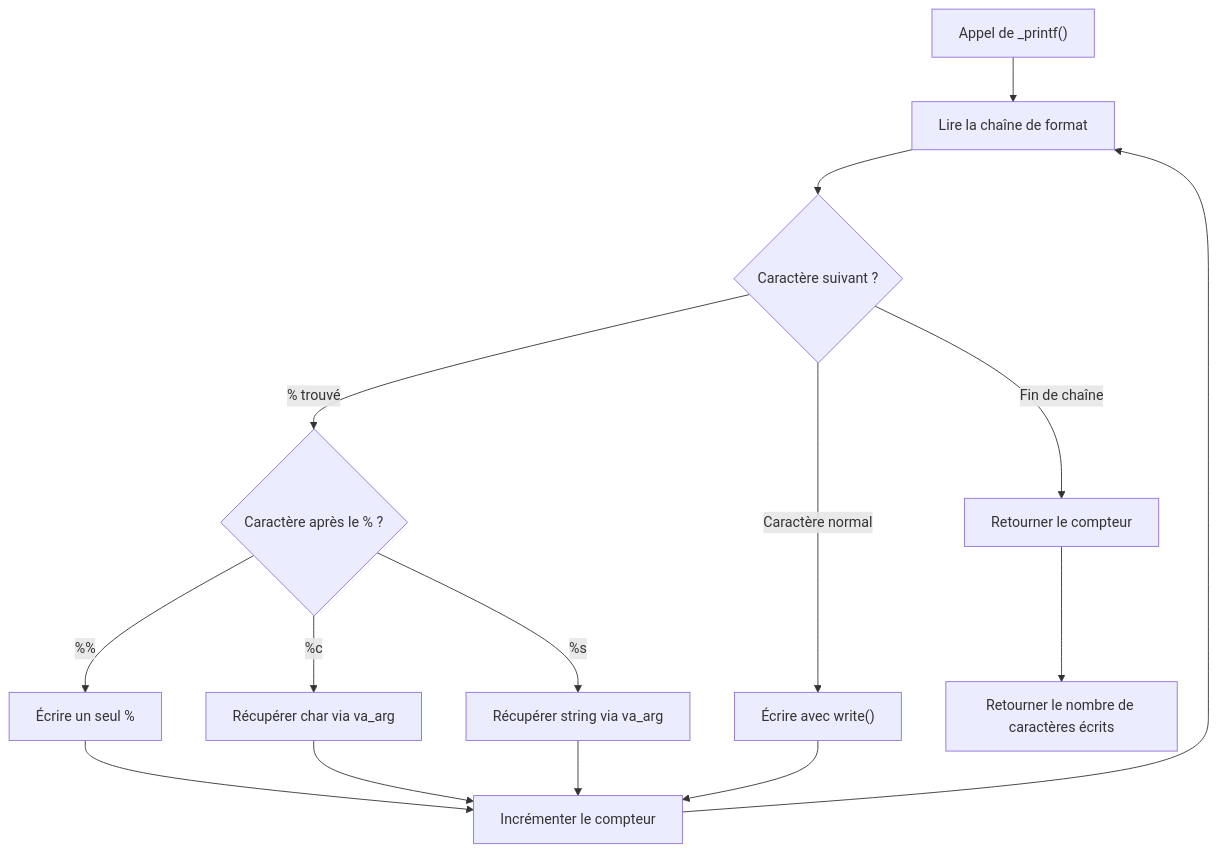
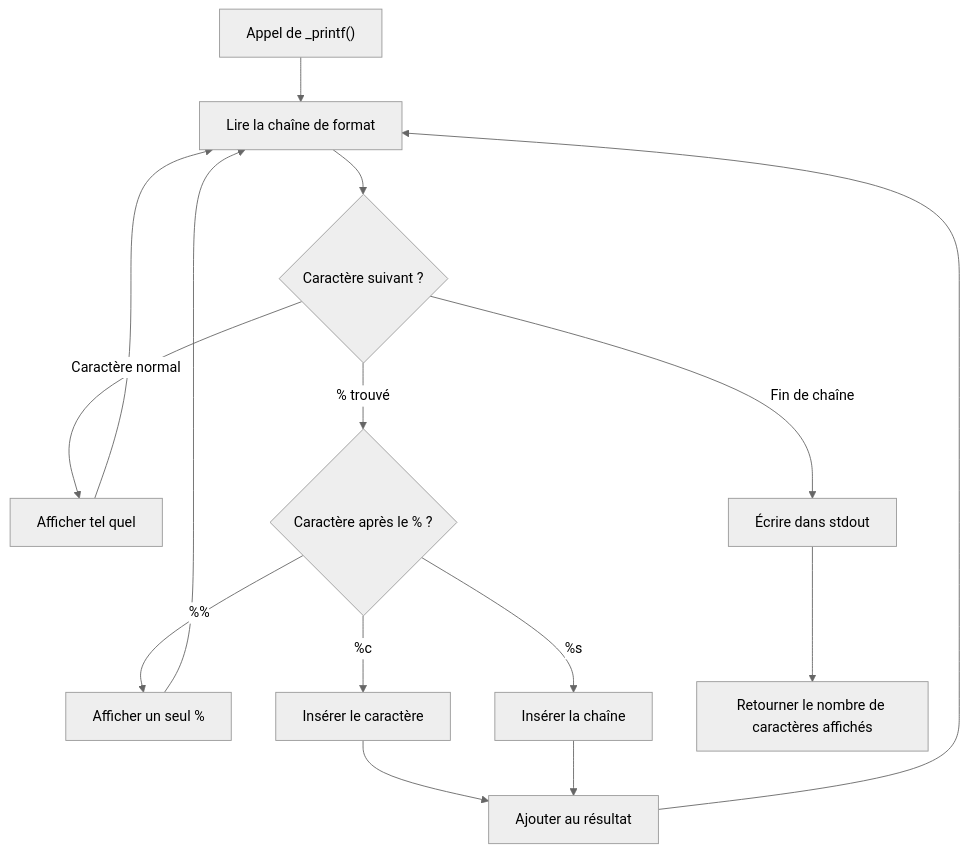
The diagram in README.md (Souf-F/holbertonschool-printf), drawn with Mermaid before and after one commit. The commit also changed other lines of this file, not shown here.

````diff
--- a/README.md
+++ b/README.md
@@ -50,17 +65,22 @@
 ```mermaid
-flowchart TD
+---
+config:
+  theme: neutral
+  look: classic
+---
+flowchart TB
     A["Appel de _printf()"] --> B["Lire la chaîne de format"]
     B --> C{"Caractère suivant ?"}
-    C -->|"Caractère normal"| D["Écrire avec write()"]
-    C -->|"% trouvé"| E{"Caractère après le % ?"}
-    C -->|"Fin de chaîne"| H["Retourner le compteur"]
-    E -->|"%%"| D2["Écrire un seul %"]
-    E -->|"%c"| G1["Récupérer char via va_arg"]
-    E -->|"%s"| G2["Récupérer string via va_arg"]
-    D2 --> F["Incrémenter le compteur"]
-    G1 --> F
-    G2 --> F
-    D --> F
-    F --> B
-    H --> I["Retourner le nombre de caractères écrits"]
+    C -- Caractère normal --> D["Afficher tel quel"]
+    C -- % trouvé --> E{"Caractère après le % ?"}
+    C -- Fin de chaîne --> H["Écrire dans stdout"]
+    E -- %% --> D2["Afficher un seul %"]
+    E -- %c --> G4["Insérer le caractère"]
+    E -- %s --> G2["Insérer la chaîne"]
+    D2 --> B
+    G4 --> D3["Ajouter au résultat"]
+    G2 --> D3
+    D --> B
+    D3 --> B
+    H --> I["Retourner le nombre de caractères affichés"]
 ```
````
